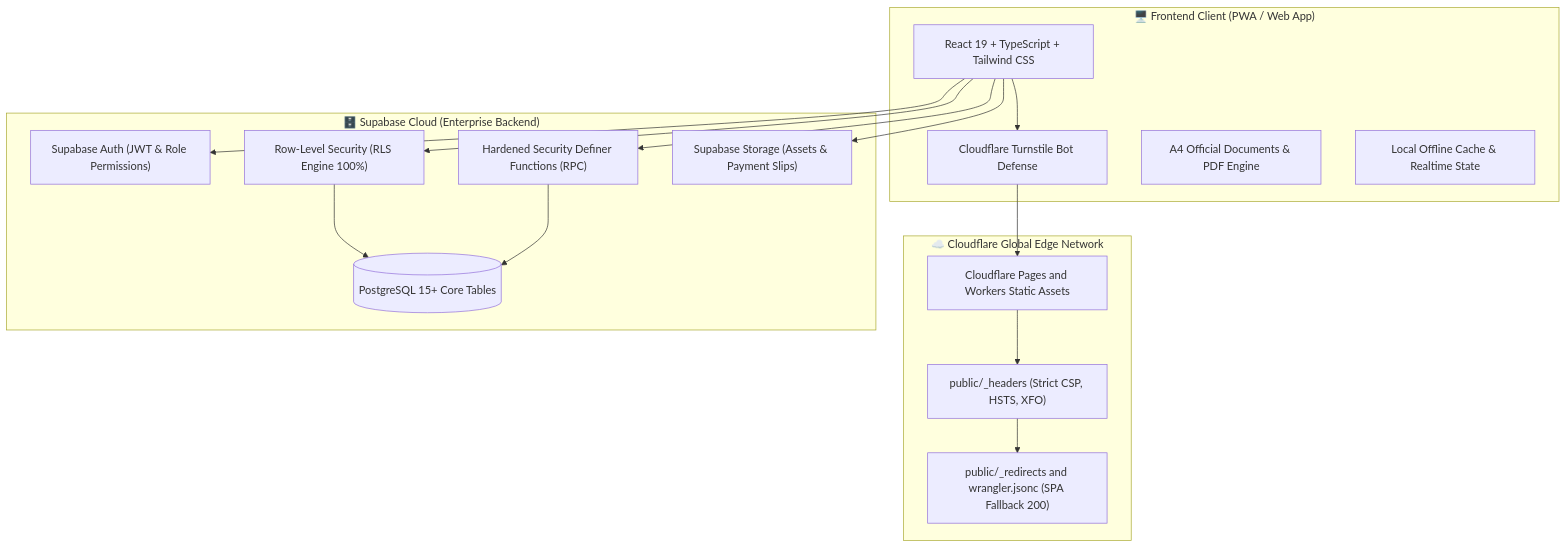
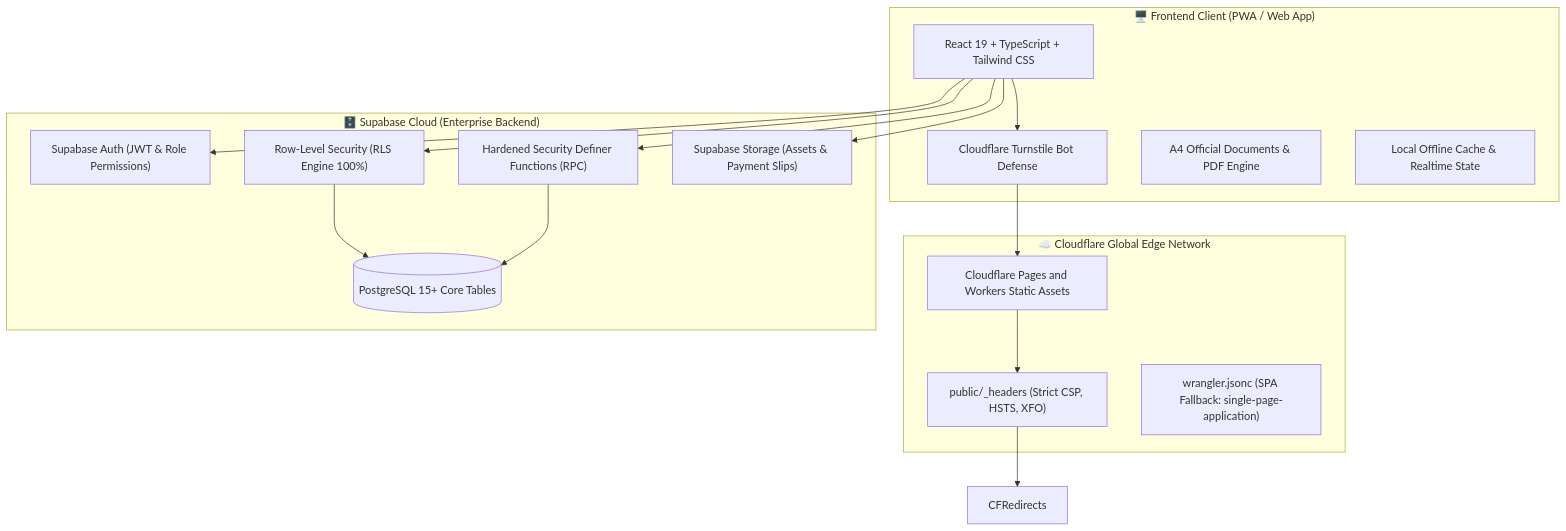
The first of 3 diagrams in docs/handover/MASTER_SYSTEM_HANDBOOK.md (HM186812/AvatrAutoService), drawn with Mermaid before and after one commit. The commit also changed other lines of this file and 3 other files, not shown here.

Commit message:
docs(handover): update deployment guide to use wrangler.jsonc SPA fallback and add prebuild clean

````diff
--- a/docs/handover/MASTER_SYSTEM_HANDBOOK.md
+++ b/docs/handover/MASTER_SYSTEM_HANDBOOK.md
@@ -31,30 +31,30 @@
 ```mermaid
 flowchart TB
     subgraph ClientLayer["🖥️ Frontend Client (PWA / Web App)"]
         UI["React 19 + TypeScript + Tailwind CSS"]
         Turnstile["Cloudflare Turnstile Bot Defense"]
         PrintEngine["A4 Official Documents & PDF Engine"]
         Cache["Local Offline Cache & Realtime State"]
     end
 
     subgraph CloudflareEdge["☁️ Cloudflare Global Edge Network"]
         CFPages["Cloudflare Pages and Workers Static Assets"]
         CFHeaders["public/_headers (Strict CSP, HSTS, XFO)"]
-        CFRedirects["public/_redirects and wrangler.jsonc (SPA Fallback 200)"]
+        CFSPA["wrangler.jsonc (SPA Fallback: single-page-application)"]
     end
 
     subgraph SupabaseCloud["🗄️ Supabase Cloud (Enterprise Backend)"]
         Auth["Supabase Auth (JWT & Role Permissions)"]
         RLS["Row-Level Security (RLS Engine 100%)"]
         DB[(PostgreSQL 15+ Core Tables)]
         RPC["Hardened Security Definer Functions (RPC)"]
         Storage["Supabase Storage (Assets & Payment Slips)"]
     end
 
     UI --> Turnstile --> CFPages
     CFPages --> CFHeaders --> CFRedirects
     UI --> Auth
     UI --> RLS --> DB
     UI --> RPC --> DB
     UI --> Storage
 ```
````
